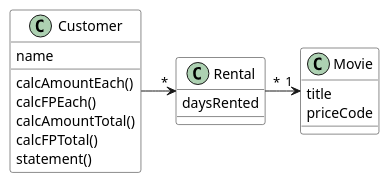
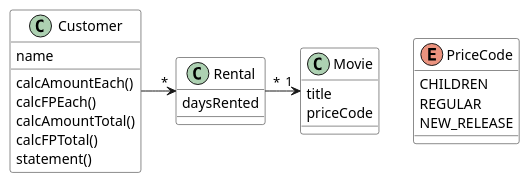
Before and after one commit to Heeqw/Software-Design: the second of 4 diagrams in src/main/java/refactoring/README.md, drawn with PlantUML. The commit also changed 33 other files, not shown here.

````diff
--- a/src/main/java/refactoring/README.md
+++ b/src/main/java/refactoring/README.md
@@ -25,21 +25,26 @@
 ```plantuml
 @startuml
 class Customer #white{
     name
     calcAmountEach()
     calcFPEach()
     calcAmountTotal()
     calcFPTotal()
     statement()
 }
 class Rental #white{
     daysRented
 }
 class Movie #white{
     title
     priceCode
 }
+enum PriceCode #white{
+    CHILDREN
+    REGULAR
+    NEW_RELEASE
+}
 Customer -> "*" Rental
 Rental "*" -> "1" Movie
 @enduml
 ```
````
